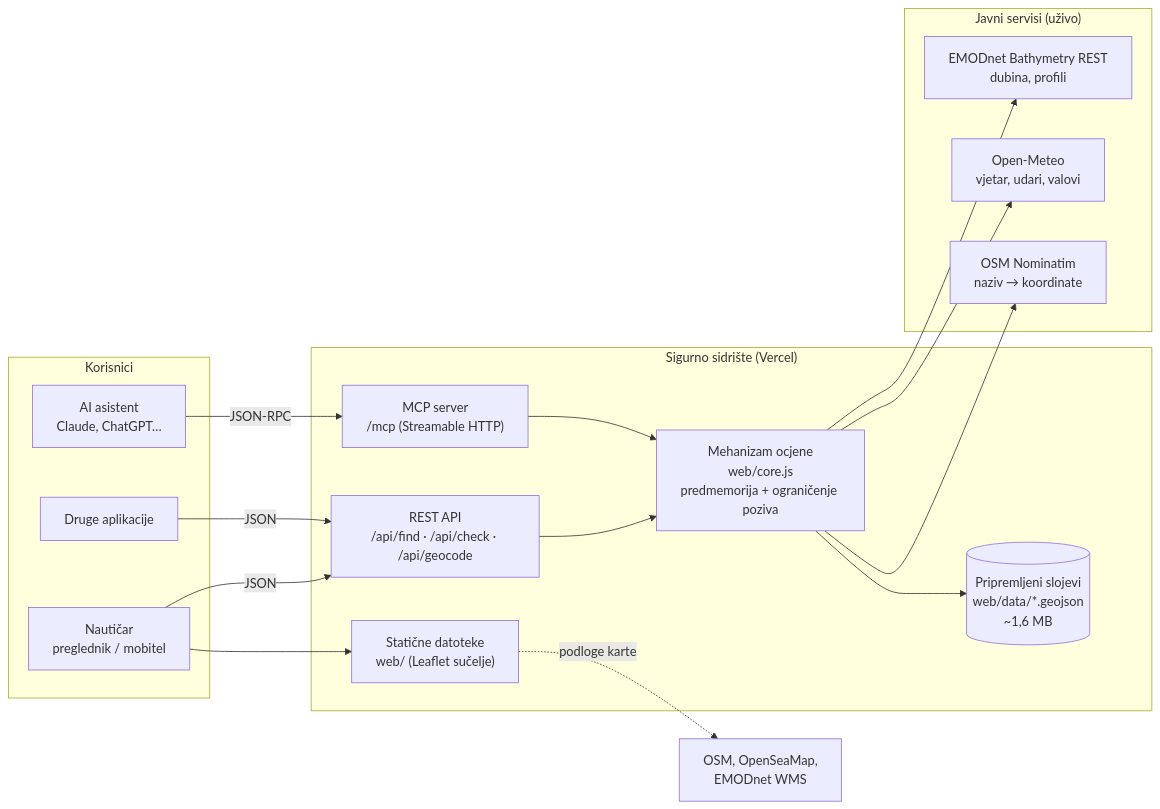
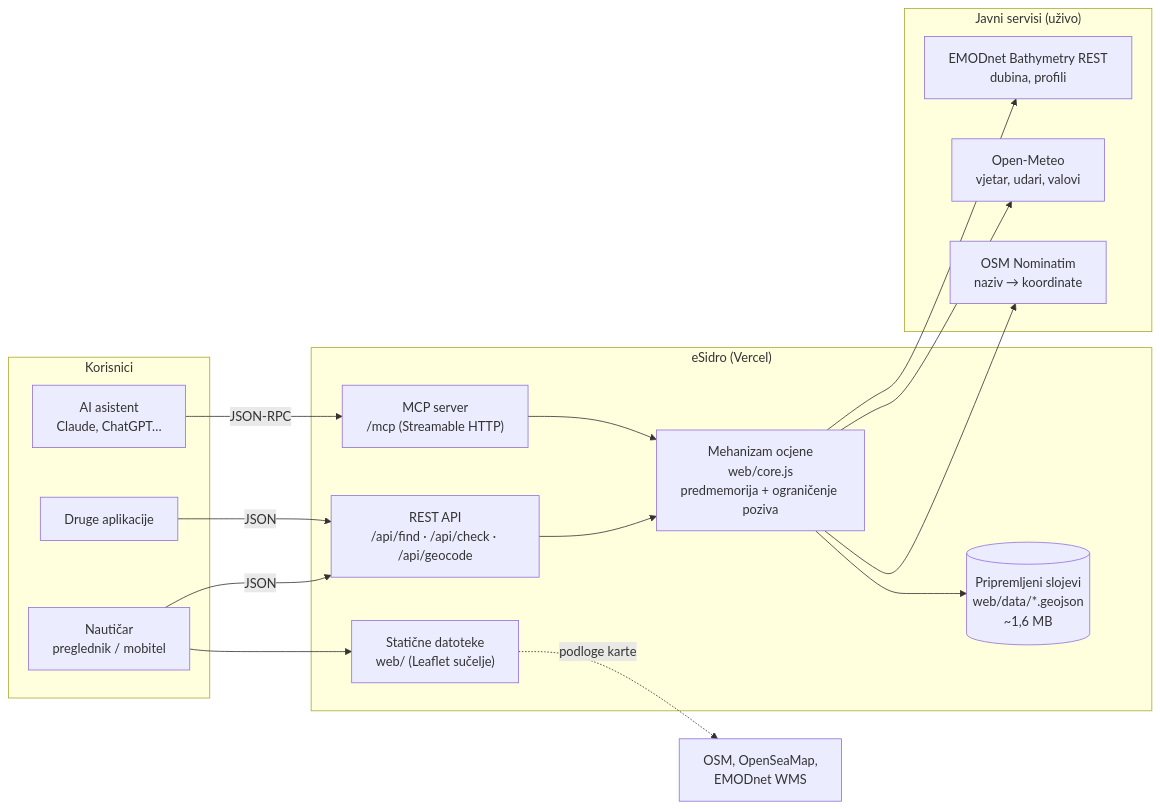
Before and after one commit to LovroBlagic/sigurno-sidriste: the first of 3 diagrams in docs/ARHITEKTURA.md, drawn with Mermaid. The commit also changed other lines of this file and 11 other files, not shown here.

````diff
--- a/docs/ARHITEKTURA.md
+++ b/docs/ARHITEKTURA.md
@@ -7,34 +7,34 @@
 ```mermaid
 flowchart LR
   subgraph Korisnici
     U[Nautičar<br/>preglednik / mobitel]
     AI[AI asistent<br/>Claude, ChatGPT…]
     EXT[Druge aplikacije]
   end
 
-  subgraph Vercel["Sigurno sidrište (Vercel)"]
+  subgraph Vercel["eSidro (Vercel)"]
     WEB["Statične datoteke<br/>web/ (Leaflet sučelje)"]
     LAY[("Pripremljeni slojevi<br/>web/data/*.geojson<br/>~1,6 MB")]
     API["REST API<br/>/api/find · /api/check · /api/geocode"]
     MCP["MCP server<br/>/mcp (Streamable HTTP)"]
     ENG["Mehanizam ocjene<br/>web/core.js<br/>predmemorija + ograničenje poziva"]
   end
 
   subgraph Uzivo["Javni servisi (uživo)"]
     BATH[EMODnet Bathymetry REST<br/>dubina, profili]
     OM[Open-Meteo<br/>vjetar, udari, valovi]
     NOM[OSM Nominatim<br/>naziv → koordinate]
   end
 
   U --> WEB
   U -->|JSON| API
   EXT -->|JSON| API
   AI -->|JSON-RPC| MCP
   API --> ENG
   MCP --> ENG
   ENG --> LAY
   ENG --> BATH
   ENG --> OM
   ENG --> NOM
   WEB -. podloge karte .-> TILES[OSM, OpenSeaMap,<br/>EMODnet WMS]
 ```
````
